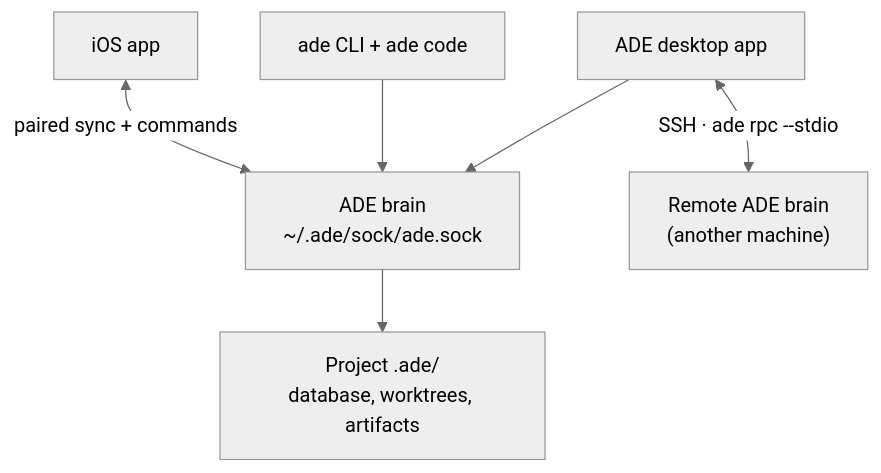
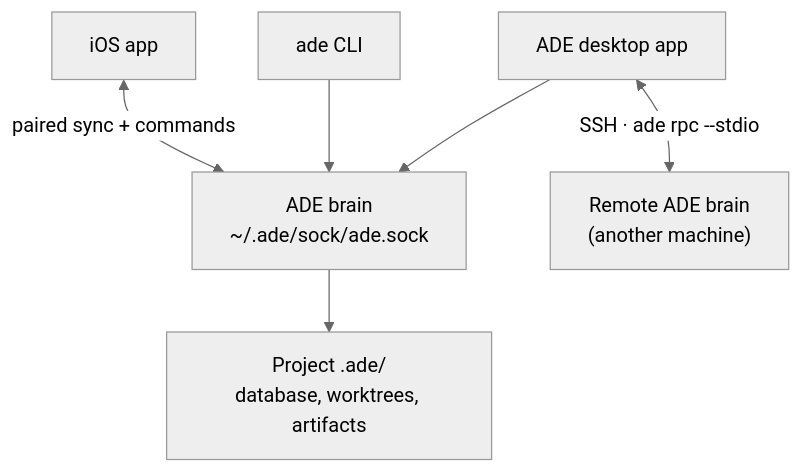
The diagram in architecture.mdx (arul28/ADE), drawn with Mermaid (neutral theme) before and after one commit. The commit also changed other lines of this file and 429 other files, not shown here.

First line of the commit message:
Remove ADE Code, the terminal UI

````diff
--- a/architecture.mdx
+++ b/architecture.mdx
@@ -9,15 +9,15 @@
 ```mermaid
 flowchart TB
   Desktop["ADE desktop app"]
-  CLI["ade CLI + ade code"]
+  CLI["ade CLI"]
   IOS["iOS app"]
   Brain["ADE brain<br/>~/.ade/sock/ade.sock"]
   Project["Project .ade/<br/>database, worktrees, artifacts"]
   Remote["Remote ADE brain<br/>(another machine)"]
 
   Desktop --> Brain
   CLI --> Brain
   IOS <-->|"paired sync + commands"| Brain
   Brain --> Project
   Desktop <-->|"SSH · ade rpc --stdio"| Remote
 ```
````
